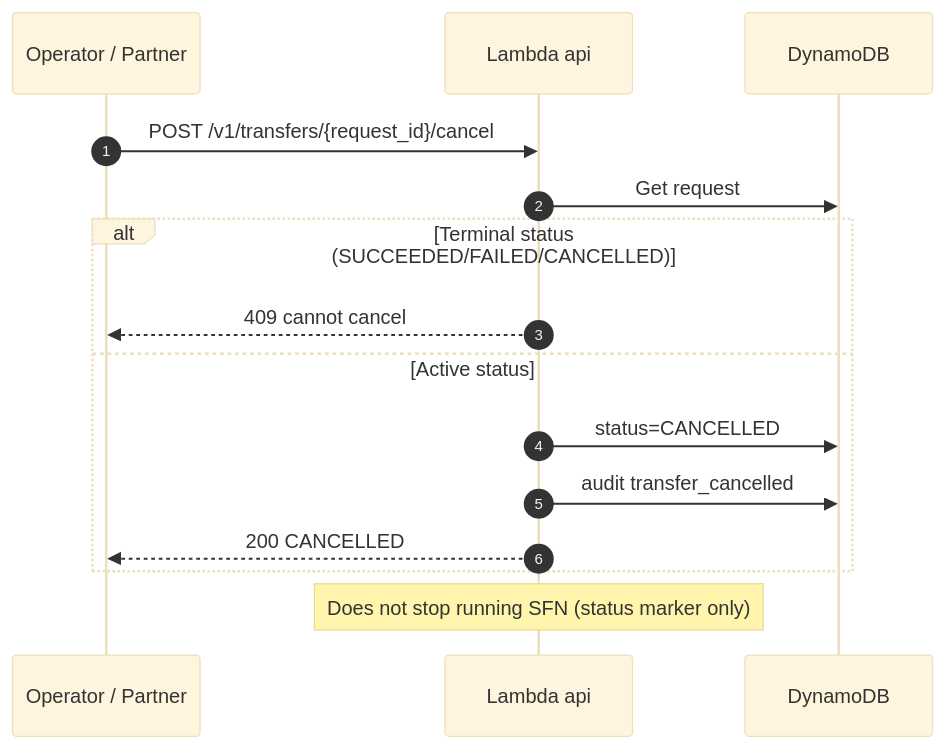
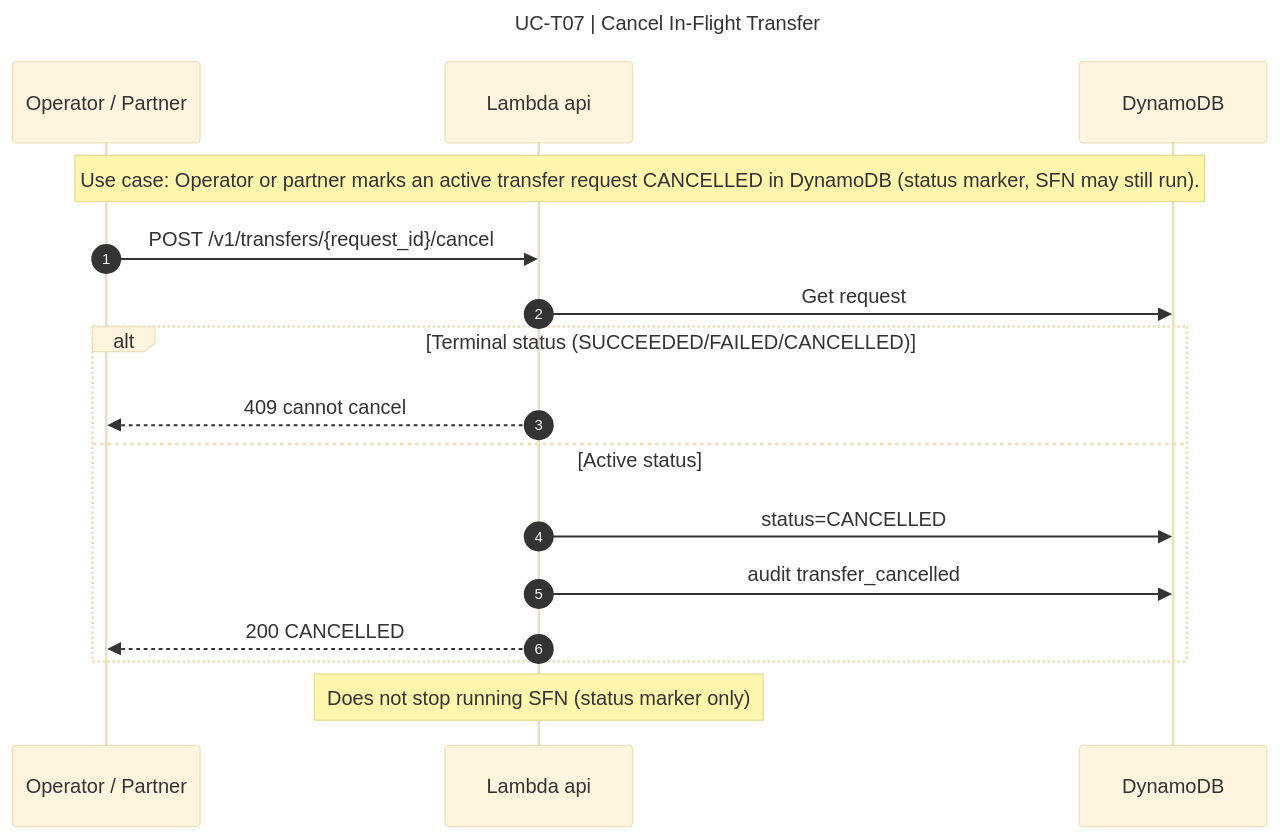
Diagram 14 of 31 in docs/SEQUENCE_DIAGRAMS.md (bayareala8s/BayRelayAI), drawn with Mermaid (base theme) before and after one commit. The commit also changed other lines of this file and 68 other files, not shown here.

First line of the commit message:
Add title and use-case labels to all sequence diagrams.

````diff
--- a/docs/SEQUENCE_DIAGRAMS.md
+++ b/docs/SEQUENCE_DIAGRAMS.md
@@ -355,18 +432,22 @@
 ```mermaid
+---
+title: UC-T07 | Cancel In-Flight Transfer
+---
 sequenceDiagram
   autonumber
   participant Op as Operator / Partner
   participant API as Lambda api
   participant DDB as DynamoDB
+  Note over Op,DDB: Use case: Operator or partner marks an active transfer request CANCELLED in DynamoDB (status marker, SFN may still run).
 
   Op->>API: POST /v1/transfers/{request_id}/cancel
   API->>DDB: Get request
   alt Terminal status (SUCCEEDED/FAILED/CANCELLED)
     API-->>Op: 409 cannot cancel
   else Active status
     API->>DDB: status=CANCELLED
     API->>DDB: audit transfer_cancelled
     API-->>Op: 200 CANCELLED
   end
   Note over API: Does not stop running SFN (status marker only)
 ```
````
